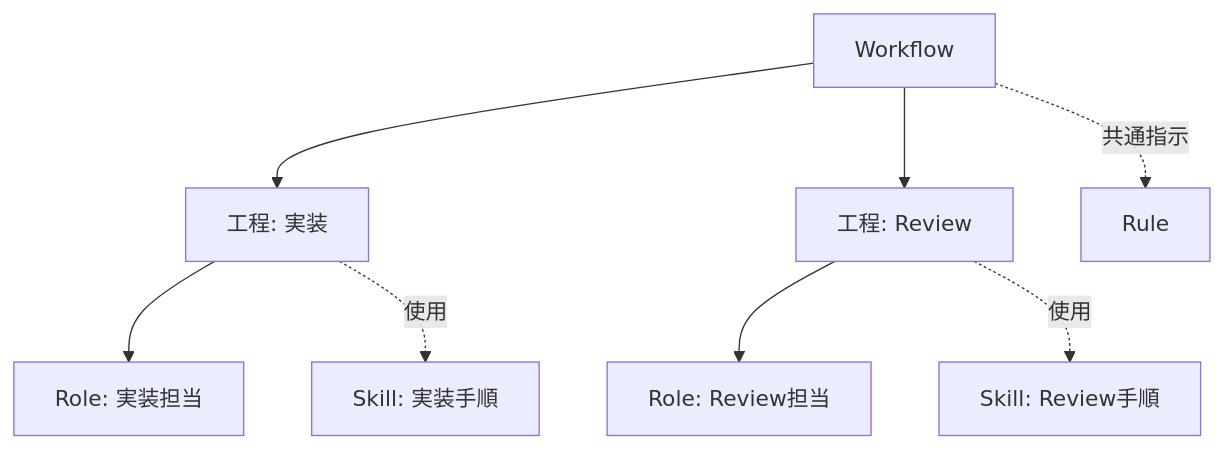
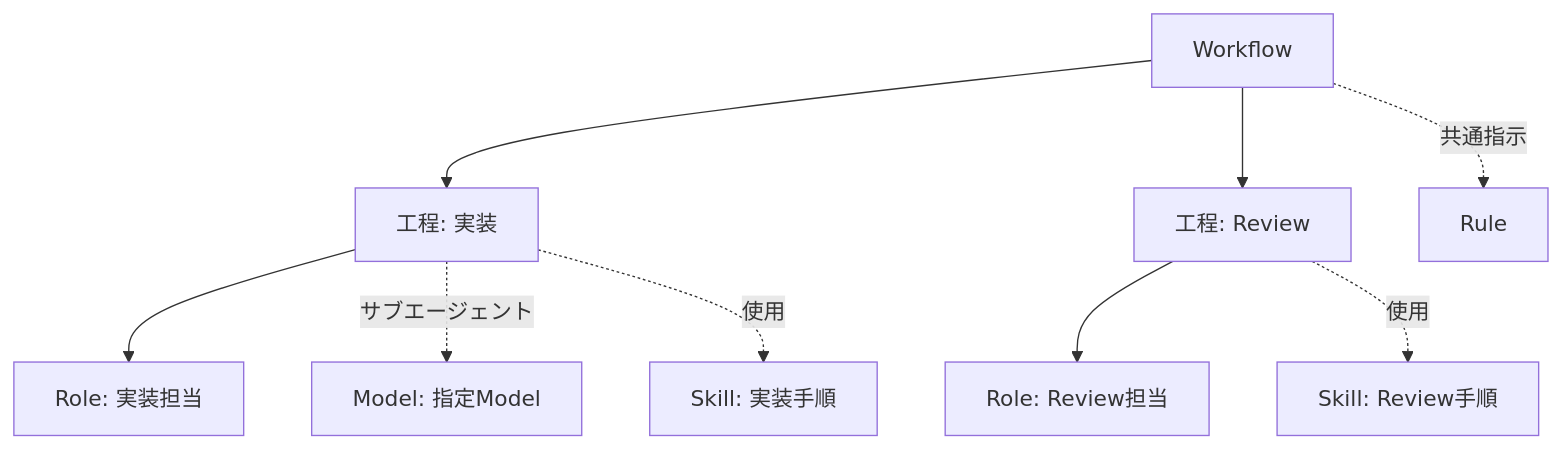
The second of 4 diagrams in README.ja.md (Memoria-ll/agent-asset-control-layer-personal), drawn with Mermaid before and after one commit. The commit also changed other lines of this file and 18 other files, not shown here.

````diff
--- a/README.ja.md
+++ b/README.ja.md
@@ -99,10 +100,11 @@
 ```mermaid
 flowchart TD
     W[Workflow] --> S1[工程: 実装]
     W --> S2[工程: Review]
     S1 --> R1[Role: 実装担当]
     S2 --> R2[Role: Review担当]
+    S1 -. サブエージェント .-> M1[Model: 指定Model]
     S1 -. 使用 .-> K1[Skill: 実装手順]
     S2 -. 使用 .-> K2[Skill: Review手順]
     W -. 共通指示 .-> Rule[Rule]
 ```
````
